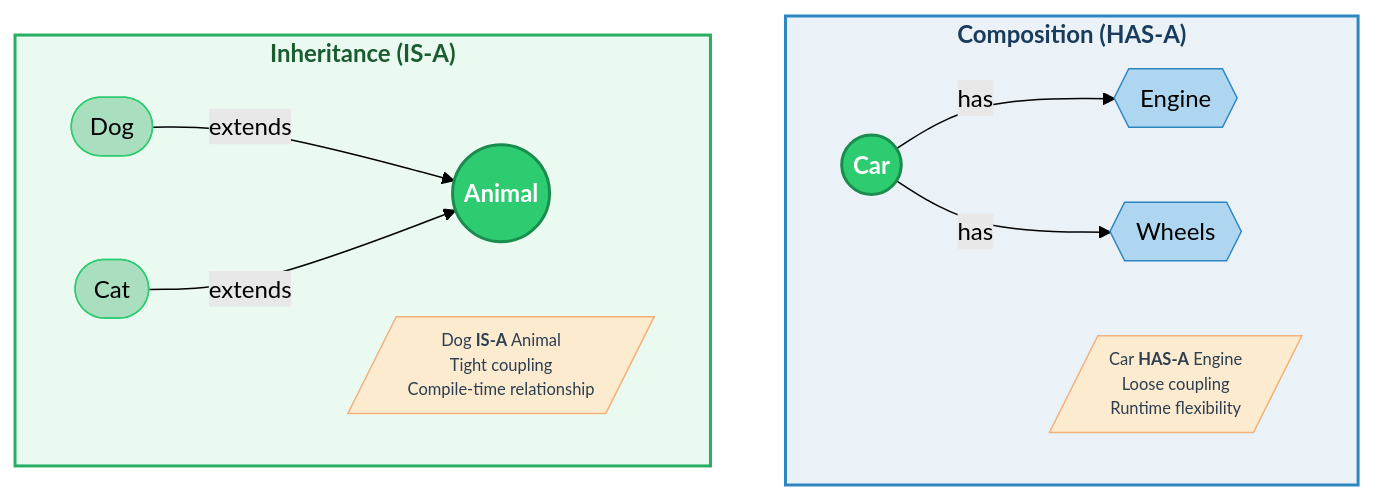
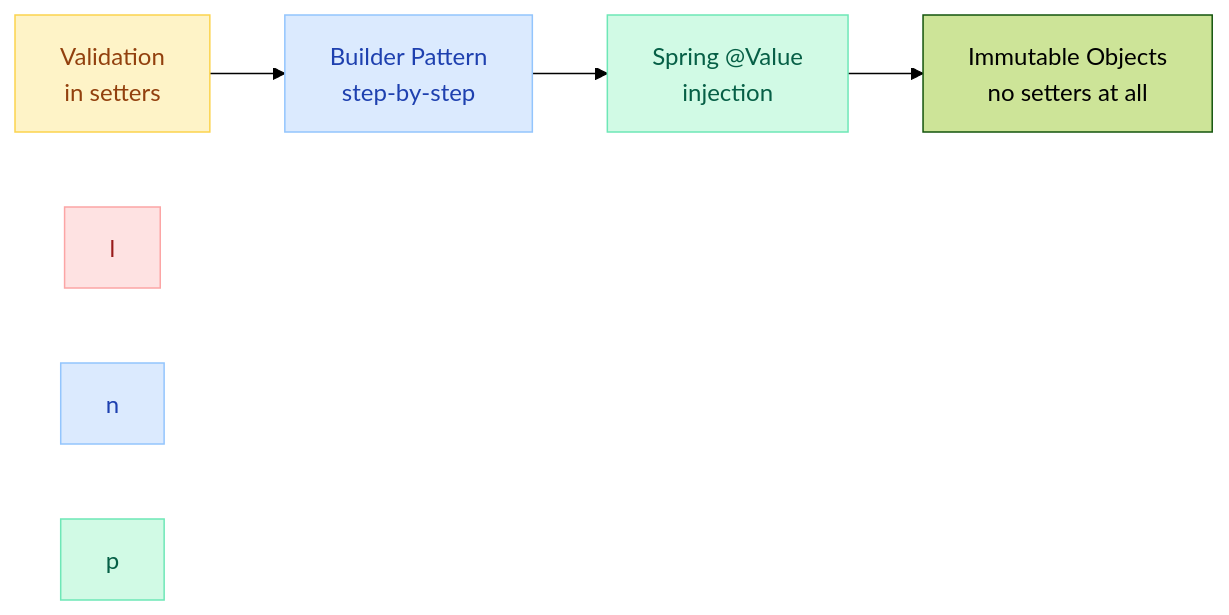
One commit to saivamsikaruturi/vamsilabs-dev-notes-main changed the second of 9 diagrams in docs/java/oops.md. Above: the diagram before and after it, drawn with Mermaid (forest theme). The commit also changed other lines of this file and 220 other files, not shown here.

First line of the commit message:
Add 50+ new Java/Spring Boot pages, rewrite CSS code blocks to Oracle style, fix all diagram colors

````diff
--- a/docs/java/oops.md
+++ b/docs/java/oops.md
@@ -33,32 +84,13 @@
 ```mermaid
 flowchart LR
-    subgraph ISA["<b>Inheritance (IS-A)</b>"]
-        direction LR
-        Animal(("Animal")):::parent
-        Dog(["Dog"]):::child
-        Cat(["Cat"]):::child
-        Dog -->|"extends"| Animal
-        Cat -->|"extends"| Animal
-        note1[/"Dog <b>IS-A</b> Animal<br/>Tight coupling<br/>Compile-time relationship"/]:::note
-    end
+    V["Validation<br/>in setters"] --> B["Builder Pattern<br/>step-by-step"]
+    B --> DI["Spring @Value<br/>injection"]
+    DI --> IM["Immutable Objects<br/>no setters at all"]
 
-    subgraph HASA["<b>Composition (HAS-A)</b>"]
-        direction LR
-        Car(("Car")):::parent
-        Engine{{"Engine"}}:::component
-        Wheels{{"Wheels"}}:::component
-        Car -->|"has"| Engine
-        Car -->|"has"| Wheels
-        note2[/"Car <b>HAS-A</b> Engine<br/>Loose coupling<br/>Runtime flexibility"/]:::note
-    end
-
-    ISA ~~~ HASA
-
-    classDef parent fill:#2ecc71,stroke:#1a8c4e,stroke-width:2px,color:#fff,font-weight:bold
-    classDef child fill:#a9dfbf,stroke:#2ecc71,stroke-width:1px,color:#000
-    classDef component fill:#aed6f1,stroke:#2e86c1,stroke-width:1px,color:#000
-    classDef note fill:#fdebd0,stroke:#f0b27a,stroke-width:1px,color:#2c3e50,font-size:11px
-
-    style ISA fill:#eafaf1,stroke:#27ae60,stroke-width:2px,color:#1a5c30
-    style HASA fill:#eaf2f8,stroke:#2e86c1,stroke-width:2px,color:#1a3c5c
+    style B fill:#DBEAFE,stroke:#93C5FD,color:#1E40AF
+    style DI fill:#D1FAE5,stroke:#6EE7B7,color:#065F46
+    style V fill:#FEF3C7,stroke:#FCD34D,color:#92400E
+    style l fill:#FEE2E2,stroke:#FCA5A5,color:#991B1B
+    style n fill:#DBEAFE,stroke:#93C5FD,color:#1E40AF
+    style p fill:#D1FAE5,stroke:#6EE7B7,color:#065F46
 ```
````
